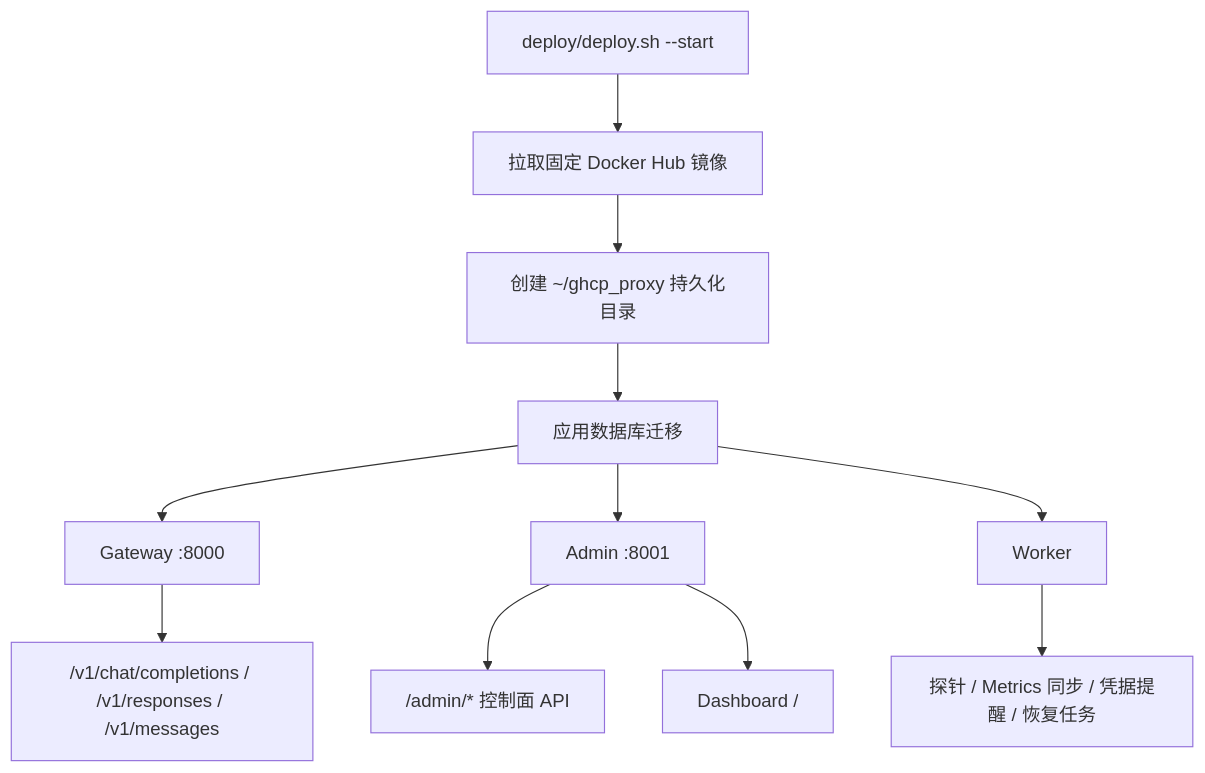
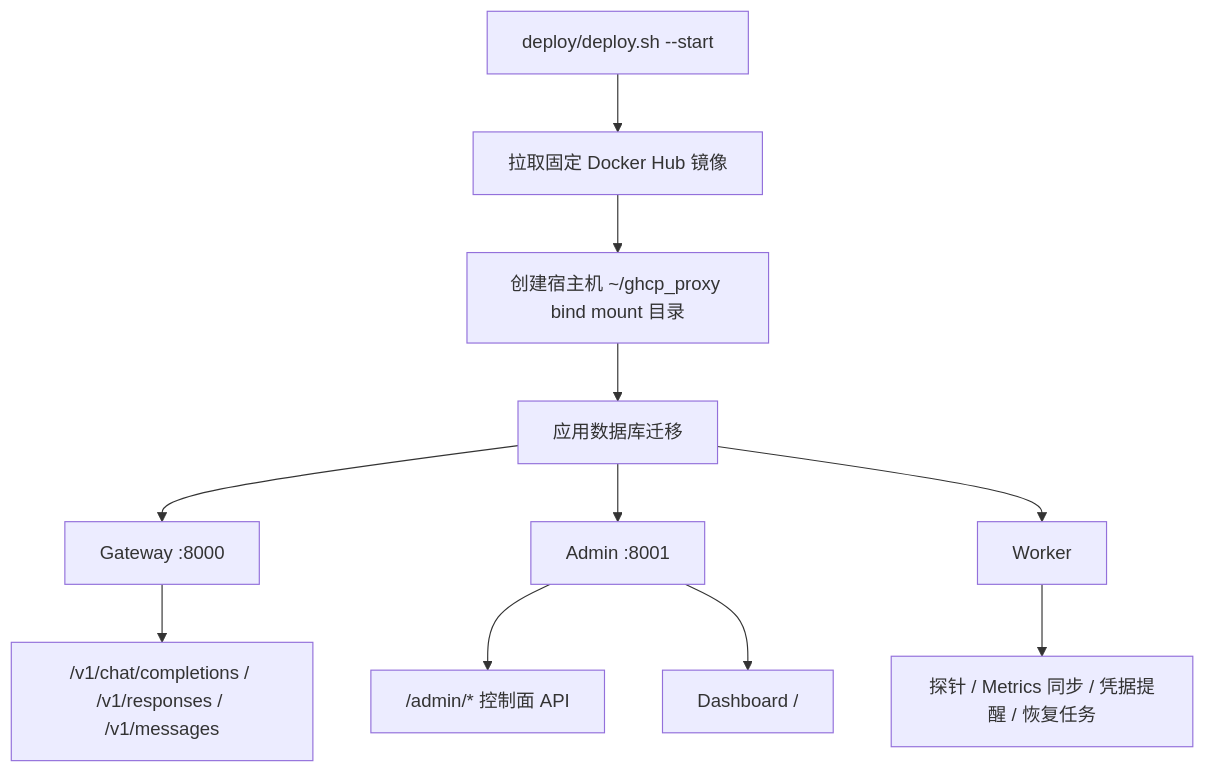
The diagram in README.md (pczhao1210/ghcp-pool-proxy), drawn with Mermaid before and after one commit. The commit also changed other lines of this file and 11 other files, not shown here.

````diff
--- a/README.md
+++ b/README.md
@@ -28,13 +29,13 @@
 ```mermaid
 flowchart TD
   A["deploy/deploy.sh --start"] --> B["拉取固定 Docker Hub 镜像"]
-  B --> C["创建 ~/ghcp_proxy 持久化目录"]
+  B --> C["创建宿主机 ~/ghcp_proxy bind mount 目录"]
   C --> D["应用数据库迁移"]
   D --> E["Gateway :8000"]
   D --> F["Admin :8001"]
   D --> G["Worker"]
   E --> H["/v1/chat/completions / /v1/responses / /v1/messages"]
   F --> I["/admin/* 控制面 API"]
   F --> J["Dashboard /"]
   G --> K["探针 / Metrics 同步 / 凭据提醒 / 恢复任务"]
 ```
````
